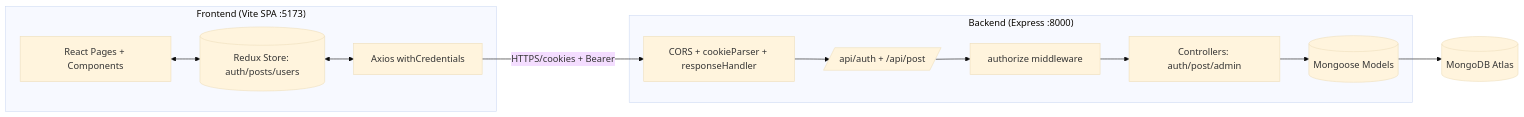
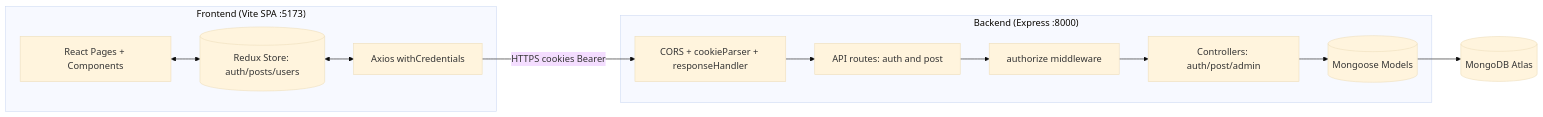
One commit to sai4u-dev/accio-connect changed the first of 3 diagrams in docs/ARCHITECTURE.md. Above: the diagram before and after it, drawn with Mermaid (base theme). The commit also changed other lines of this file and 3 other files, not shown here.

Commit message:
docs: update architecture and database design documentation for clarity and consistency

````diff
--- a/docs/ARCHITECTURE.md
+++ b/docs/ARCHITECTURE.md
@@ -15,20 +15,20 @@
 ```mermaid
 flowchart LR
     subgraph Client["Frontend (Vite SPA :5173)"]
         UI[React Pages + Components]
         Store[(Redux Store: auth/posts/users)]
         API[Axios withCredentials]
     end
     subgraph Server["Backend (Express :8000)"]
         MW[CORS + cookieParser + responseHandler]
         AuthM[authorize middleware]
-        Routes[/api/auth + /api/post/]
+        Routes["API routes: auth and post"]
         Ctrl[Controllers: auth/post/admin]
         Models[(Mongoose Models)]
     end
     DB[(MongoDB Atlas)]
     UI <--> Store
     Store <--> API
-    API -- HTTPS/cookies + Bearer --> MW
+    API -- "HTTPS cookies Bearer" --> MW
     MW --> Routes --> AuthM --> Ctrl --> Models --> DB
 ```
````
